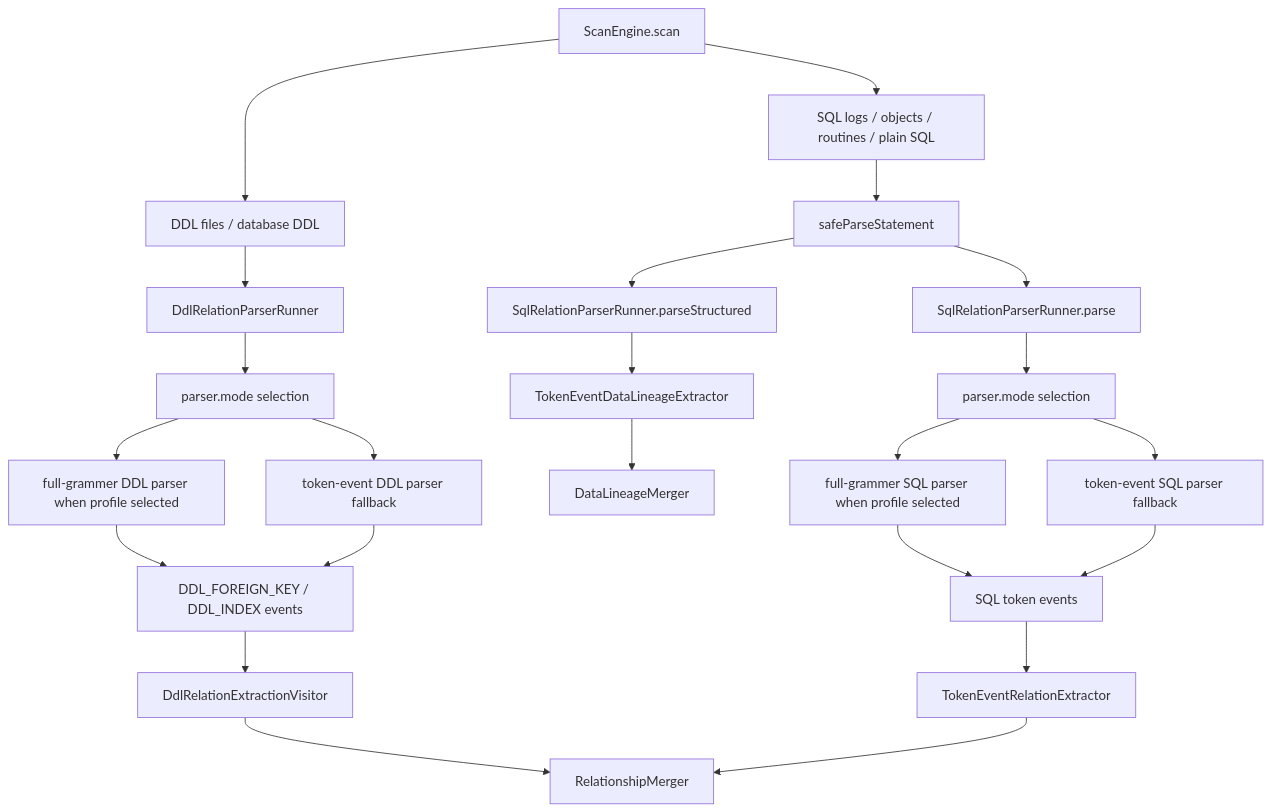
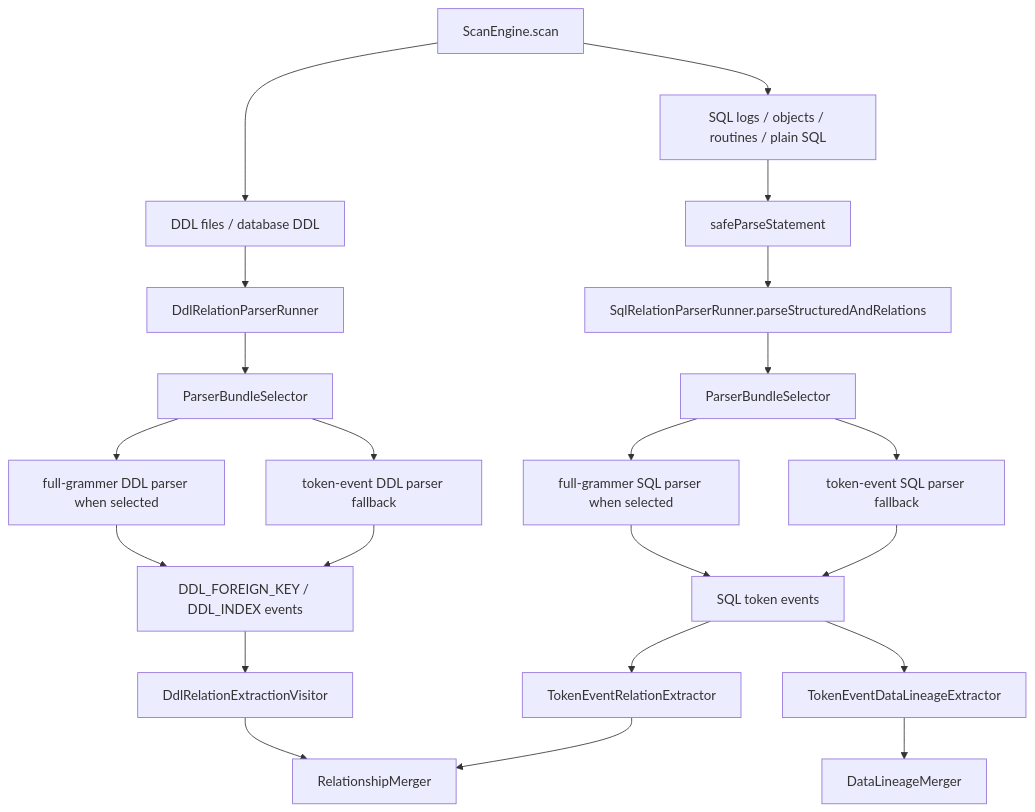
One commit to xiaoguang/relation-detector changed the first of 7 diagrams in docs/design/relation-detector/phase-06-parser-enhancement.md. Above: the diagram before and after it, drawn with Mermaid. The commit also changed other lines of this file and 26 other files, not shown here.

````diff
--- a/docs/design/relation-detector/phase-06-parser-enhancement.md
+++ b/docs/design/relation-detector/phase-06-parser-enhancement.md
@@ -192,29 +194,27 @@
 ```mermaid
 flowchart TD
   scan["ScanEngine.scan"]
 
   scan --> ddlInput["DDL files / database DDL"]
   ddlInput --> ddlRunner["DdlRelationParserRunner"]
-  ddlRunner --> ddlMode["parser.mode selection"]
-  ddlMode --> ddlFull["full-grammer DDL parser when profile selected"]
-  ddlMode --> ddlToken["token-event DDL parser fallback"]
+  ddlRunner --> ddlBundle["ParserBundleSelector"]
+  ddlBundle --> ddlFull["full-grammer DDL parser when selected"]
+  ddlBundle --> ddlToken["token-event DDL parser fallback"]
   ddlFull --> ddlEvents["DDL_FOREIGN_KEY / DDL_INDEX events"]
   ddlToken --> ddlEvents
   ddlEvents --> ddlRel["DdlRelationExtractionVisitor"]
   ddlRel --> relMerge["RelationshipMerger"]
 
   scan --> sqlInput["SQL logs / objects / routines / plain SQL"]
   sqlInput --> safeSql["safeParseStatement"]
-  safeSql --> structuredA["SqlRelationParserRunner.parseStructured"]
-  structuredA --> lineage["TokenEventDataLineageExtractor"]
-  lineage --> lineageMerge["DataLineageMerger"]
-
-  safeSql --> sqlRunner["SqlRelationParserRunner.parse"]
-  sqlRunner --> sqlMode["parser.mode selection"]
-  sqlMode --> sqlFull["full-grammer SQL parser when profile selected"]
-  sqlMode --> sqlToken["token-event SQL parser fallback"]
+  safeSql --> sqlRunner["SqlRelationParserRunner.parseStructuredAndRelations"]
+  sqlRunner --> sqlBundle["ParserBundleSelector"]
+  sqlBundle --> sqlFull["full-grammer SQL parser when selected"]
+  sqlBundle --> sqlToken["token-event SQL parser fallback"]
   sqlFull --> sqlEvents["SQL token events"]
   sqlToken --> sqlEvents
+  sqlEvents --> lineage["TokenEventDataLineageExtractor"]
+  lineage --> lineageMerge["DataLineageMerger"]
   sqlEvents --> sqlRel["TokenEventRelationExtractor"]
   sqlRel --> relMerge
 ```
````
